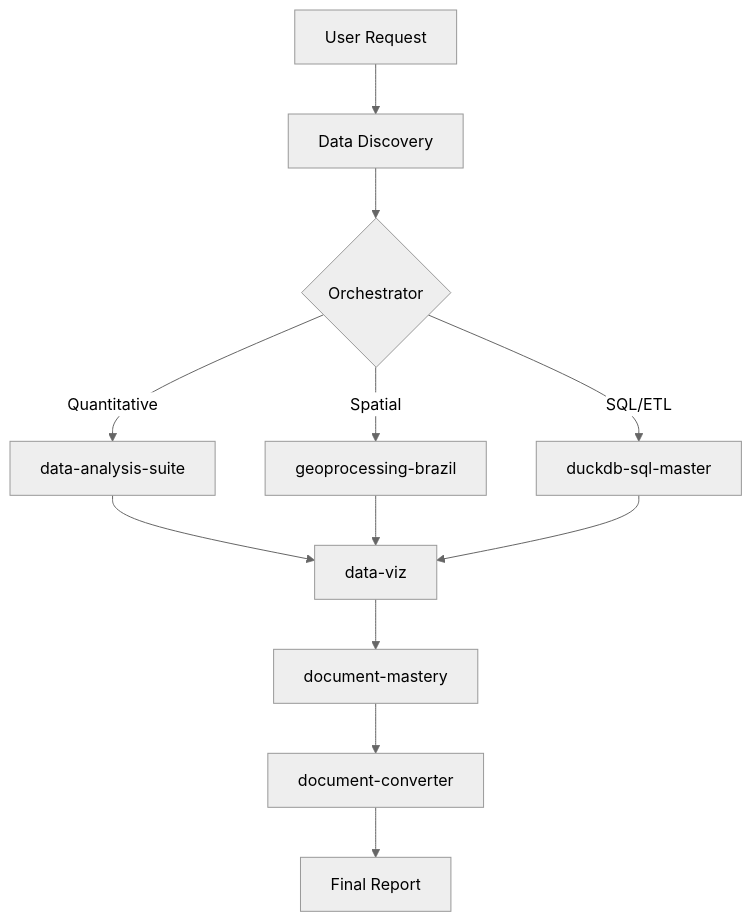
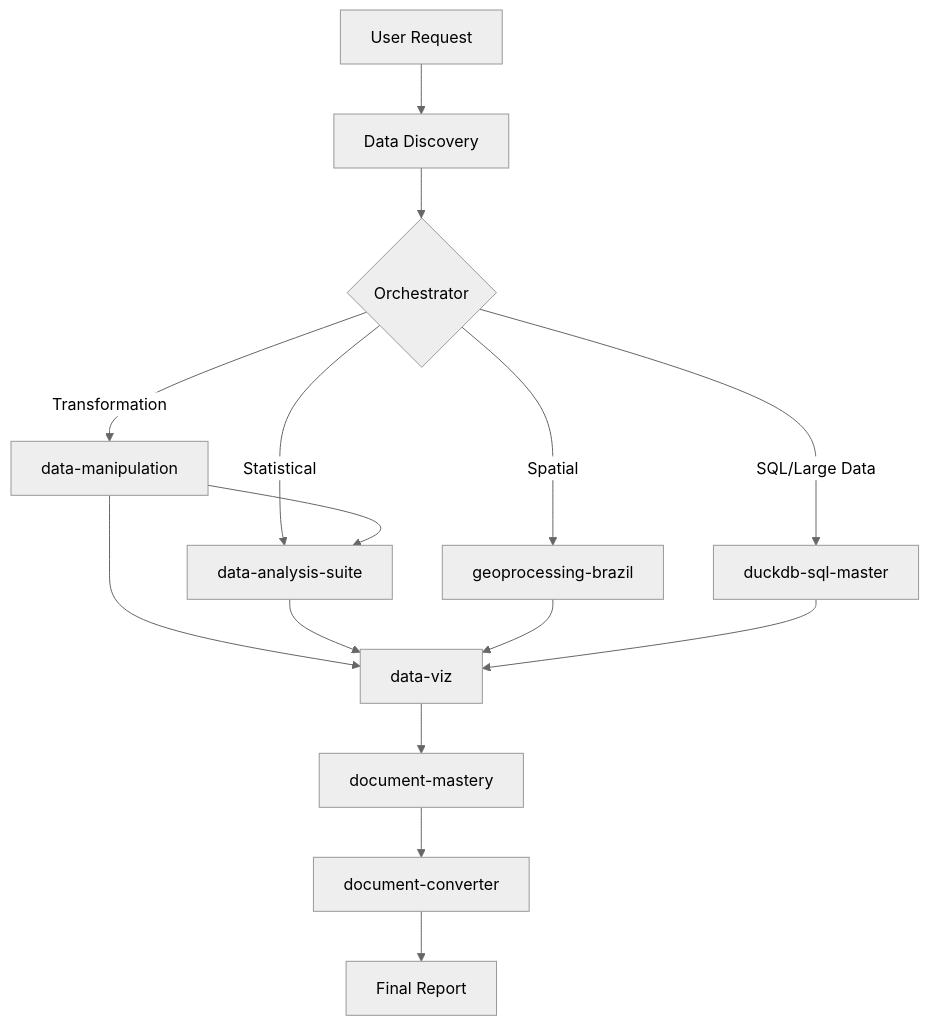
Before and after one commit to pablodiegoo/Data-Pro-Skill: the diagram in SKILL.md, drawn with Mermaid (neutral theme). The commit also changed other lines of this file and 28 other files, not shown here.

Commit message:
feat: Introduce `data-manipulation` skill, restructure scripts and references, add new workflows and rules, and update project metadata for v0.2.1.

````diff
--- a/SKILL.md
+++ b/SKILL.md
@@ -51,12 +52,14 @@
 ```mermaid
 graph TD
     A[User Request] --> B[Data Discovery]
     B --> C{Orchestrator}
-    C -->|Quantitative| D[data-analysis-suite]
+    C -->|Transformation| D1[data-manipulation]
+    C -->|Statistical| D2[data-analysis-suite]
+    D1 --> D2
     C -->|Spatial| E[geoprocessing-brazil]
-    C -->|SQL/ETL| F[duckdb-sql-master]
-    D & E & F --> G[data-viz]
+    C -->|SQL/Large Data| F[duckdb-sql-master]
+    D1 & D2 & E & F --> G[data-viz]
     G --> H[document-mastery]
     H --> I[document-converter]
     I --> J[Final Report]
 ```
````
